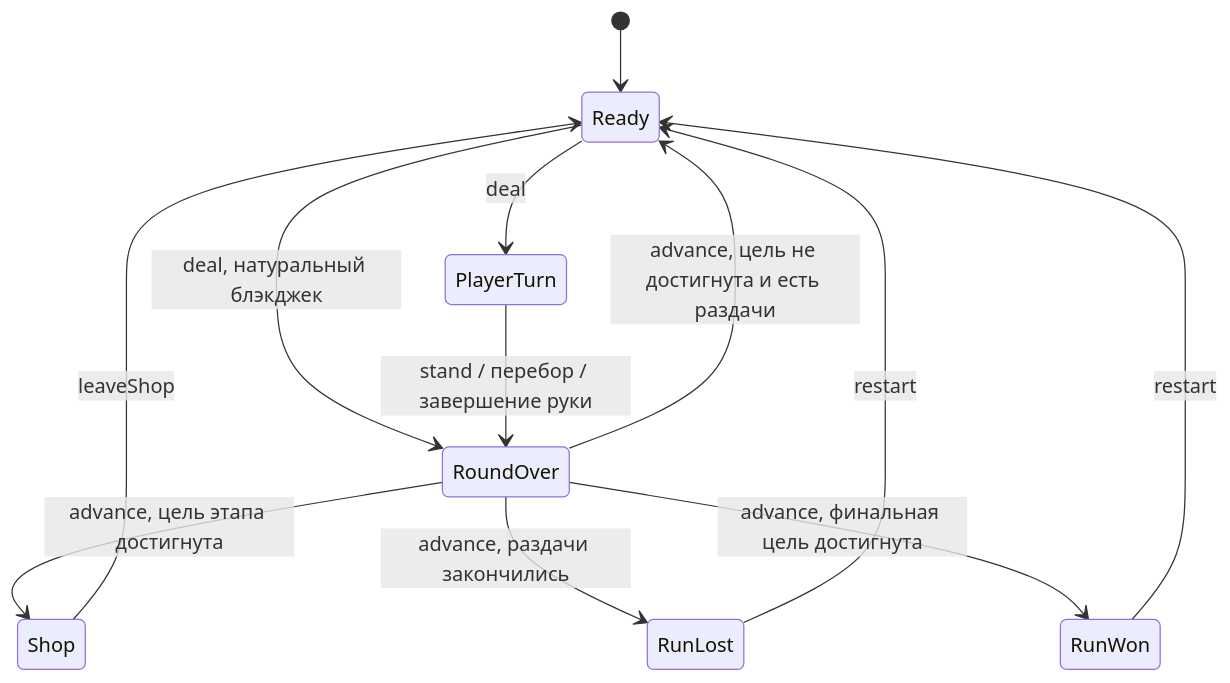
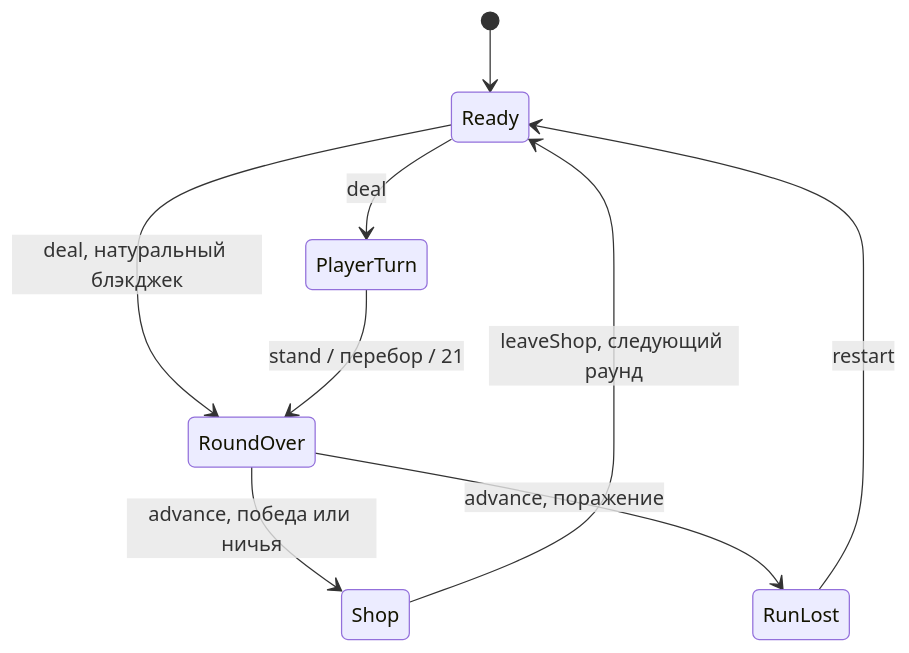
Before and after one commit to F1j1tun1/Final-Project-CGF: the second of 2 diagrams in docs/ARCHITECTURE.md, drawn with Mermaid. The commit also changed other lines of this file and 27 other files, not shown here.

````diff
--- a/docs/ARCHITECTURE.md
+++ b/docs/ARCHITECTURE.md
@@ -66,14 +37,11 @@
 ```mermaid
 stateDiagram-v2
     [*] --> Ready
     Ready --> PlayerTurn: deal
     Ready --> RoundOver: deal, натуральный блэкджек
-    PlayerTurn --> RoundOver: stand / перебор / завершение руки
-    RoundOver --> Ready: advance, цель не достигнута и есть раздачи
-    RoundOver --> Shop: advance, цель этапа достигнута
-    RoundOver --> RunLost: advance, раздачи закончились
-    RoundOver --> RunWon: advance, финальная цель достигнута
-    Shop --> Ready: leaveShop
+    PlayerTurn --> RoundOver: stand / перебор / 21
+    RoundOver --> Shop: advance, победа или ничья
+    RoundOver --> RunLost: advance, поражение
+    Shop --> Ready: leaveShop, следующий раунд
     RunLost --> Ready: restart
-    RunWon --> Ready: restart
 ```
````
